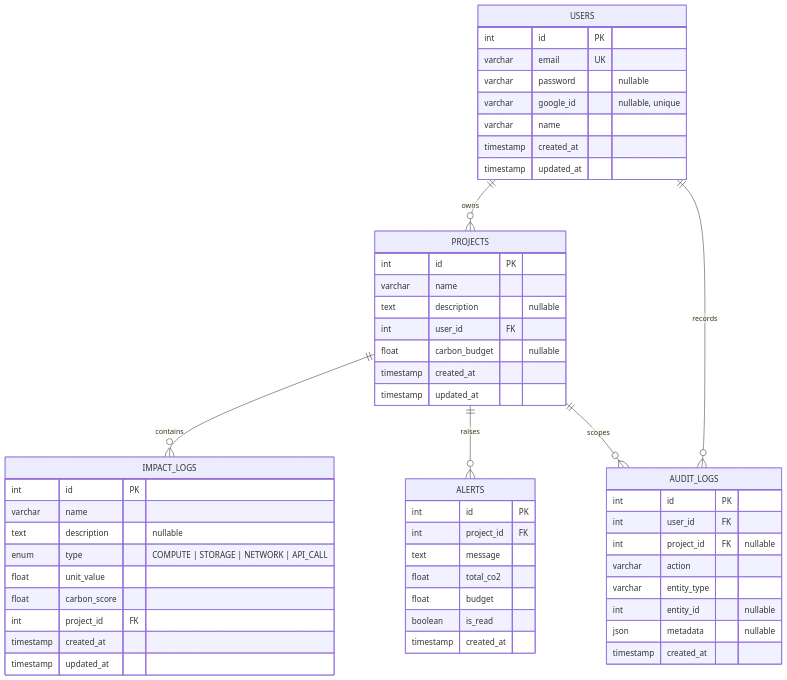
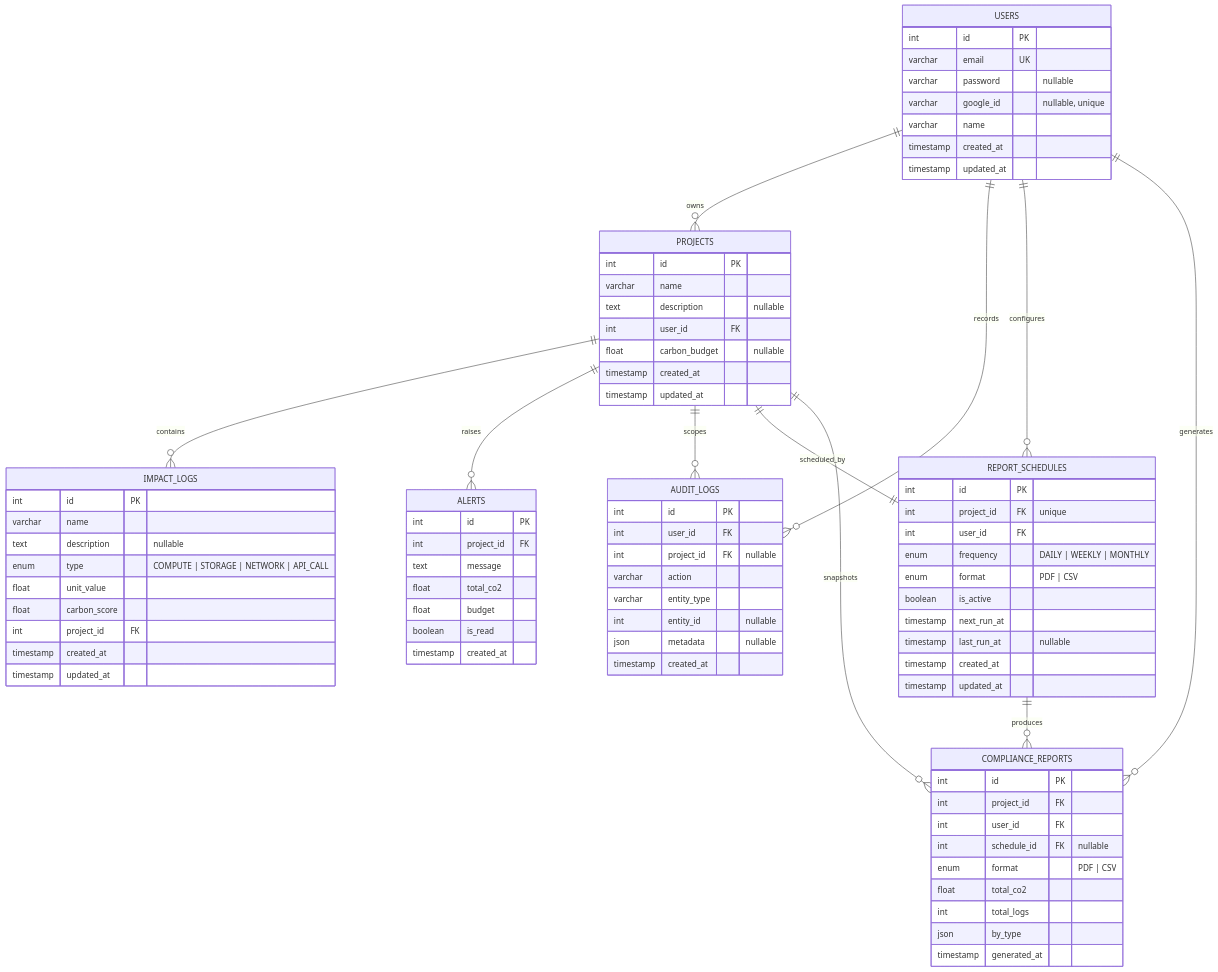
One commit to IronwallxR5/GreenPulse changed the diagram in ErDiagram.md. Above: the diagram before and after it, drawn with Mermaid. The commit also changed other lines of this file and 18 other files, not shown here.

Commit message:
Add recurring compliance report scheduling and snapshot history

````diff
--- a/ErDiagram.md
+++ b/ErDiagram.md
@@ -57,9 +57,39 @@
         timestamp created_at
     }
 
+    REPORT_SCHEDULES {
+        int id PK
+        int project_id FK "unique"
+        int user_id FK
+        enum frequency "DAILY | WEEKLY | MONTHLY"
+        enum format "PDF | CSV"
+        boolean is_active
+        timestamp next_run_at
+        timestamp last_run_at "nullable"
+        timestamp created_at
+        timestamp updated_at
+    }
+
+    COMPLIANCE_REPORTS {
+        int id PK
+        int project_id FK
+        int user_id FK
+        int schedule_id FK "nullable"
+        enum format "PDF | CSV"
+        float total_co2
+        int total_logs
+        json by_type
+        timestamp generated_at
+    }
+
     USERS ||--o{ PROJECTS : owns
     PROJECTS ||--o{ IMPACT_LOGS : contains
     PROJECTS ||--o{ ALERTS : raises
     USERS ||--o{ AUDIT_LOGS : records
     PROJECTS ||--o{ AUDIT_LOGS : scopes
+    USERS ||--o{ REPORT_SCHEDULES : configures
+    PROJECTS ||--|| REPORT_SCHEDULES : scheduled_by
+    USERS ||--o{ COMPLIANCE_REPORTS : generates
+    PROJECTS ||--o{ COMPLIANCE_REPORTS : snapshots
+    REPORT_SCHEDULES ||--o{ COMPLIANCE_REPORTS : produces
 ```
````
